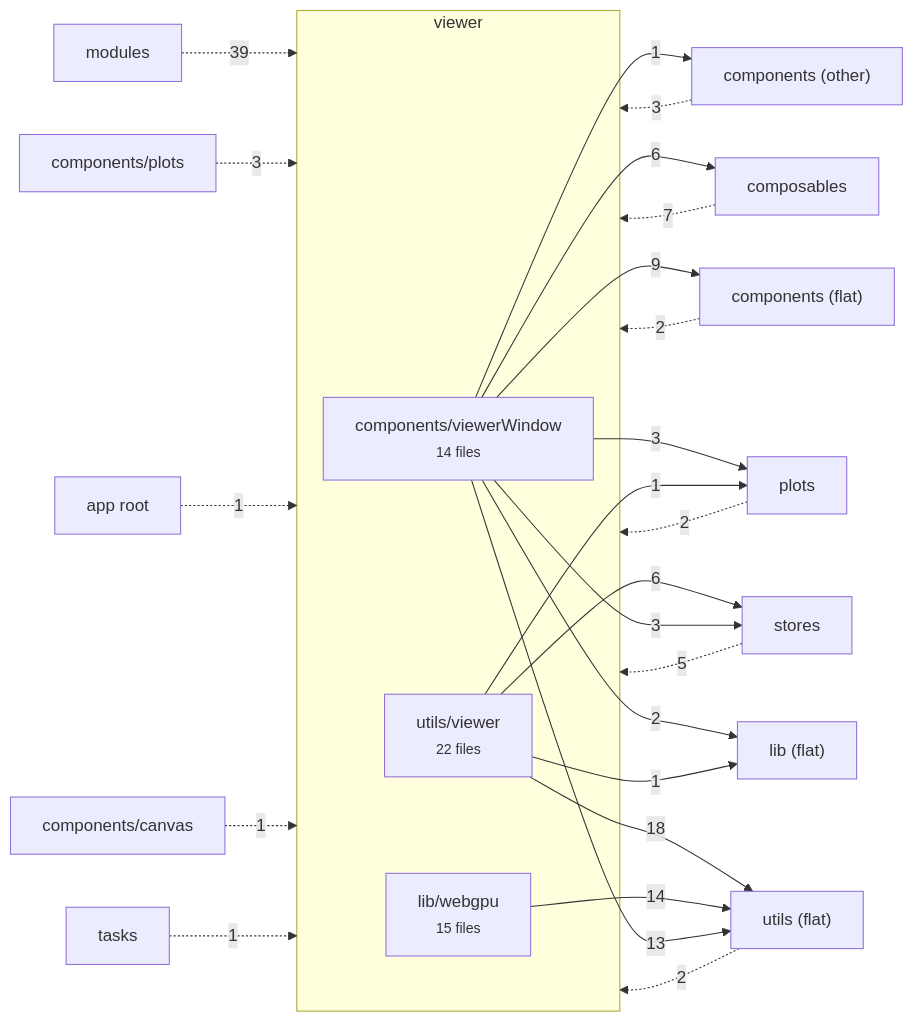
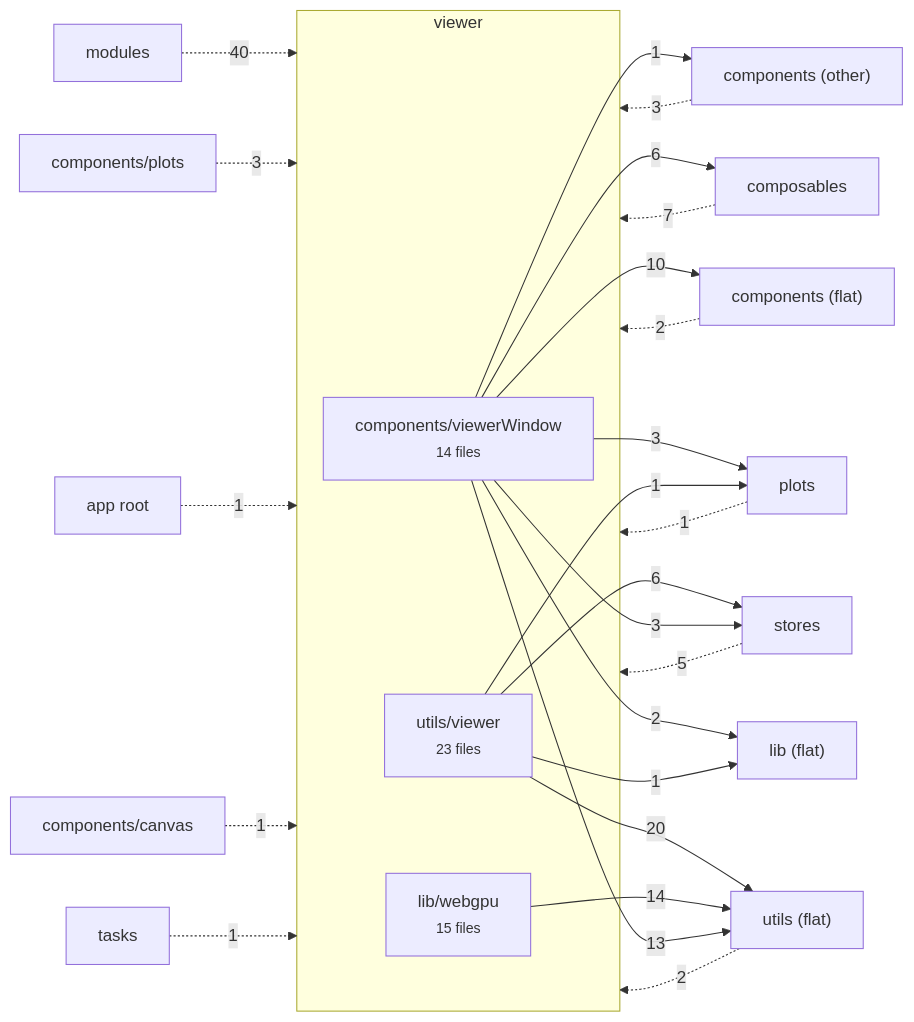
Before and after one commit to schienstockd/cecelia: the diagram in docs/architecture/vue/viewer.md, drawn with Mermaid. The commit also changed 78 other files, not shown here.

````diff
--- a/docs/architecture/vue/viewer.md
+++ b/docs/architecture/vue/viewer.md
@@ -9,31 +9,31 @@
 ```mermaid
 flowchart LR
   subgraph V["viewer"]
     components_viewerWindow["components/viewerWindow<br/><small>14 files</small>"]
     lib_webgpu["lib/webgpu<br/><small>15 files</small>"]
-    utils_viewer["utils/viewer<br/><small>22 files</small>"]
+    utils_viewer["utils/viewer<br/><small>23 files</small>"]
   end
-  utils_viewer -->|18| utils__flat_["utils (flat)"]
+  utils_viewer -->|20| utils__flat_["utils (flat)"]
   lib_webgpu -->|14| utils__flat_["utils (flat)"]
   components_viewerWindow -->|13| utils__flat_["utils (flat)"]
-  components_viewerWindow -->|9| components__flat_["components (flat)"]
+  components_viewerWindow -->|10| components__flat_["components (flat)"]
   components_viewerWindow -->|6| composables["composables"]
   utils_viewer -->|6| stores["stores"]
   components_viewerWindow -->|3| plots["plots"]
   components_viewerWindow -->|3| stores["stores"]
   components_viewerWindow -->|2| lib__flat_["lib (flat)"]
   components_viewerWindow -->|1| components__other_["components (other)"]
   utils_viewer -->|1| lib__flat_["lib (flat)"]
   utils_viewer -->|1| plots["plots"]
-  modules["modules"] -.->|39| V
+  modules["modules"] -.->|40| V
   composables["composables"] -.->|7| V
   stores["stores"] -.->|5| V
   components__other_["components (other)"] -.->|3| V
   components_plots["components/plots"] -.->|3| V
   components__flat_["components (flat)"] -.->|2| V
-  plots["plots"] -.->|2| V
   utils__flat_["utils (flat)"] -.->|2| V
   app_root["app root"] -.->|1| V
   components_canvas["components/canvas"] -.->|1| V
+  plots["plots"] -.->|1| V
   tasks["tasks"] -.->|1| V
 ```
````
